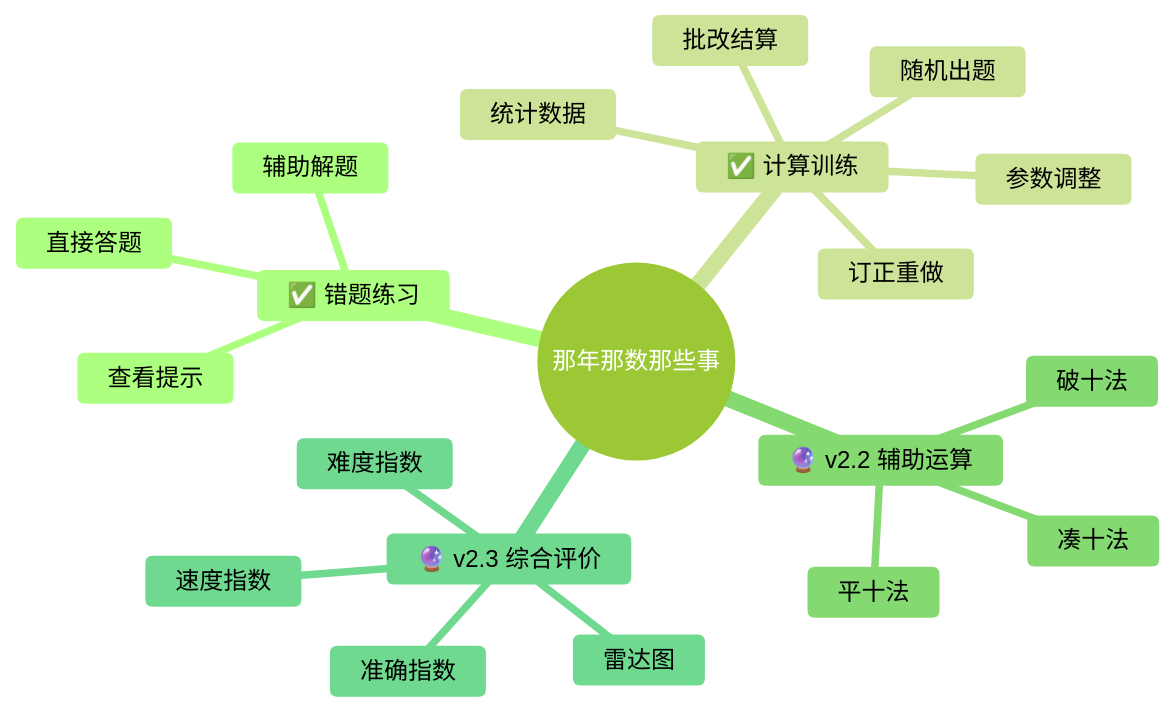
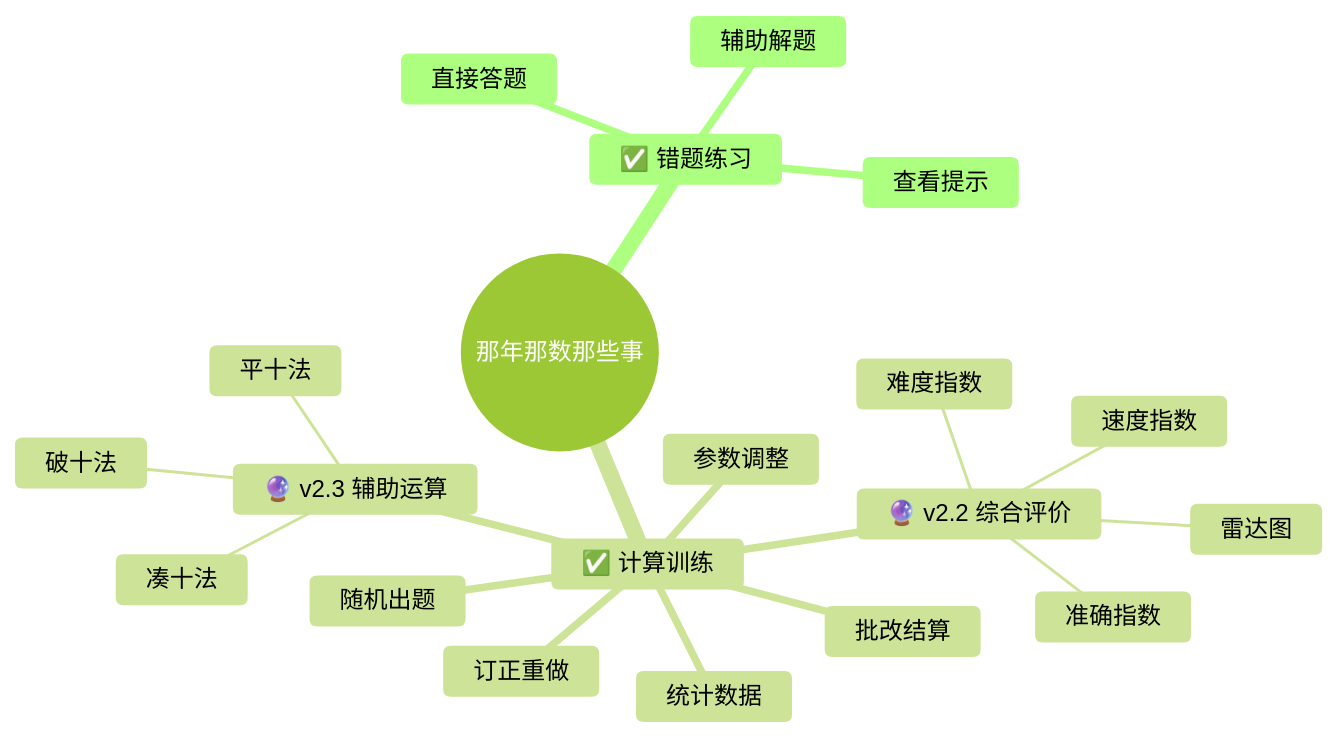
One commit to soapgu/that-math-things changed the first of 2 diagrams in README.md. Above: the diagram before and after it, drawn with Mermaid (forest theme). The commit also changed other lines of this file, not shown here.

Commit message:
docs(readme): ✏️ swap v2.2 and v2.3 release plans

````diff
--- a/README.md
+++ b/README.md
@@ -57,23 +57,23 @@
 ```mermaid
 mindmap
   root((那年那数那些事))
     ✅ 错题练习
       直接答题
       查看提示
       辅助解题
     ✅ 计算训练
       参数调整
       随机出题
       批改结算
       订正重做
       统计数据
-    🔮 v2.2 辅助运算
-      凑十法
-      破十法
-      平十法
-    🔮 v2.3 综合评价
-      难度指数
-      准确指数
-      速度指数
-      雷达图
+     🔮 v2.2 综合评价
+       难度指数
+       准确指数
+       速度指数
+       雷达图
+     🔮 v2.3 辅助运算
+       凑十法
+       破十法
+       平十法
 ```
````
